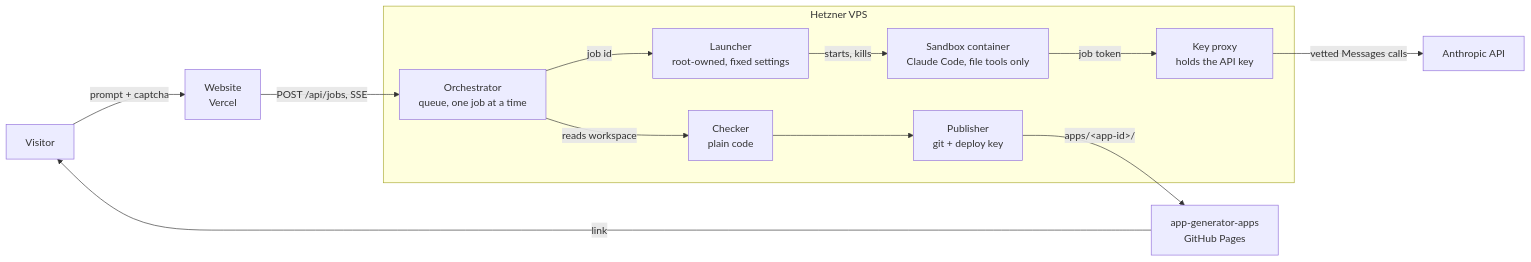
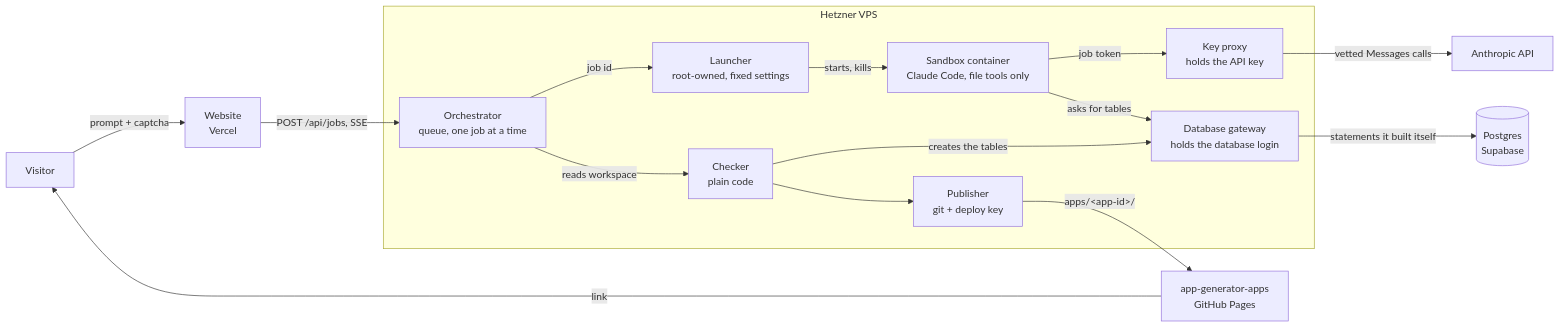
One commit to LukasB3/app-generator changed the diagram in README.md. Above: the diagram before and after it, drawn with Mermaid. The commit also changed other lines of this file and 35 other files, not shown here.

````diff
--- a/README.md
+++ b/README.md
@@ -9,15 +9,18 @@
 ```mermaid
 flowchart LR
   V[Visitor] -->|prompt + captcha| W[Website<br/>Vercel]
   W -->|POST /api/jobs, SSE| O[Orchestrator<br/>queue, one job at a time]
   subgraph VPS[Hetzner VPS]
     O -->|job id| L[Launcher<br/>root-owned, fixed settings]
     L -->|starts, kills| S[Sandbox container<br/>Claude Code, file tools only]
     S -->|job token| P[Key proxy<br/>holds the API key]
+    S -->|asks for tables| D[Database gateway<br/>holds the database login]
     O -->|reads workspace| C[Checker<br/>plain code]
+    C -->|creates the tables| D
     C --> G[Publisher<br/>git + deploy key]
   end
   P -->|vetted Messages calls| A[Anthropic API]
+  D -->|statements it built itself| B[(Postgres<br/>Supabase)]
   G -->|apps/&lt;app-id&gt;/| R[app-generator-apps<br/>GitHub Pages]
   R -->|link| V
 ```
````
